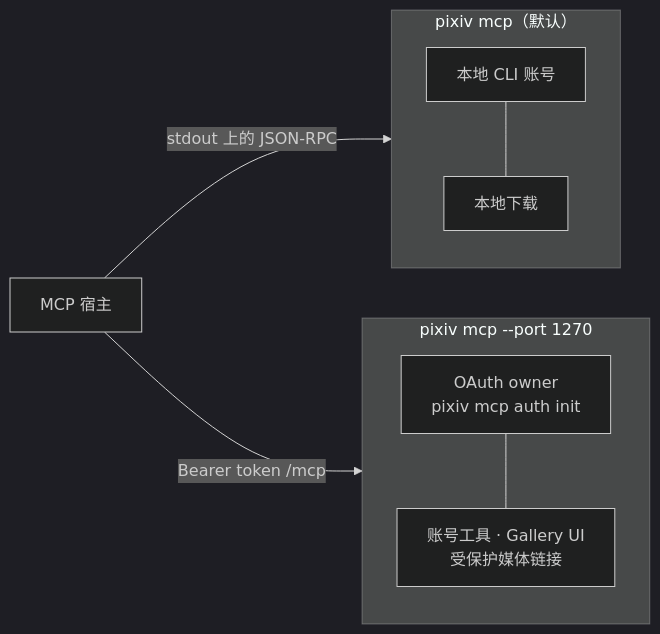
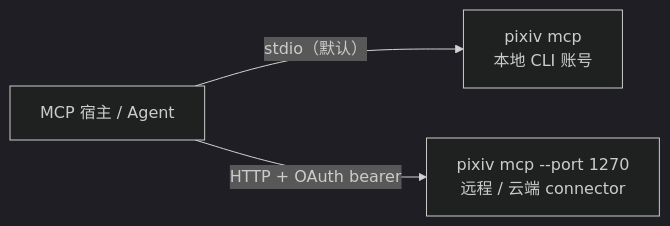
One commit to FlanChanXwO/pixiv-cli changed the third of 3 diagrams in README.zh-CN.md. Above: the diagram before and after it, drawn with Mermaid (dark theme). The commit also changed other lines of this file and 1 other file, not shown here.

First line of the commit message:
docs: trim README MCP section to setup only

````diff
--- a/README.zh-CN.md
+++ b/README.zh-CN.md
@@ -111,11 +111,5 @@
 ```mermaid
 flowchart LR
-    subgraph stdio["pixiv mcp（默认）"]
-        L1["本地 CLI 账号"] --- L2["本地下载"]
-    end
-    subgraph http["pixiv mcp --port 1270"]
-        H1["OAuth owner<br/>pixiv mcp auth init"] --- H2["账号工具 · Gallery UI<br/>受保护媒体链接"]
-    end
-    Host["MCP 宿主"] -->|"stdout 上的 JSON-RPC"| stdio
-    Host -->|"Bearer token /mcp"| http
+    Host["MCP 宿主 / Agent"] -->|"stdio（默认）"| L["pixiv mcp<br/>本地 CLI 账号"]
+    Host -->|"HTTP + OAuth bearer"| H["pixiv mcp --port 1270<br/>远程 / 云端 connector"]
 ```
````
